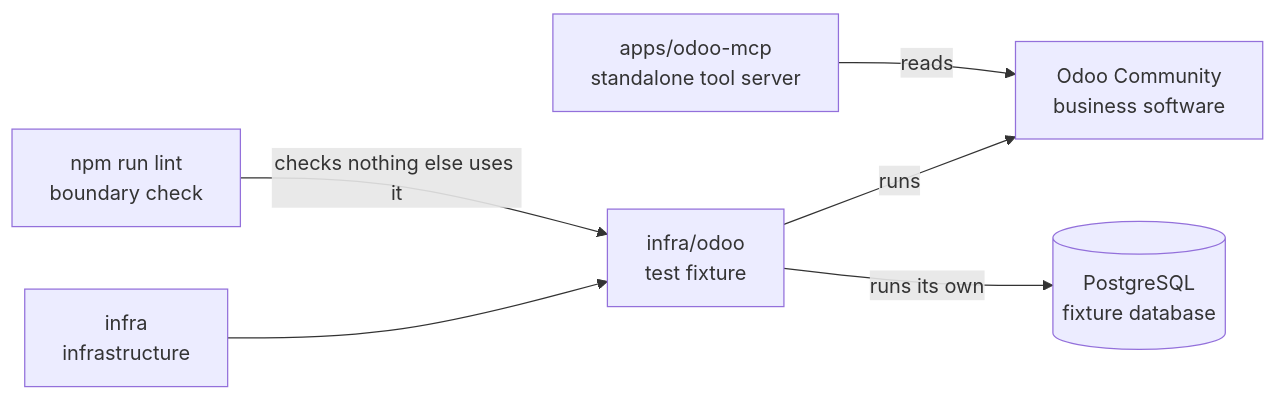
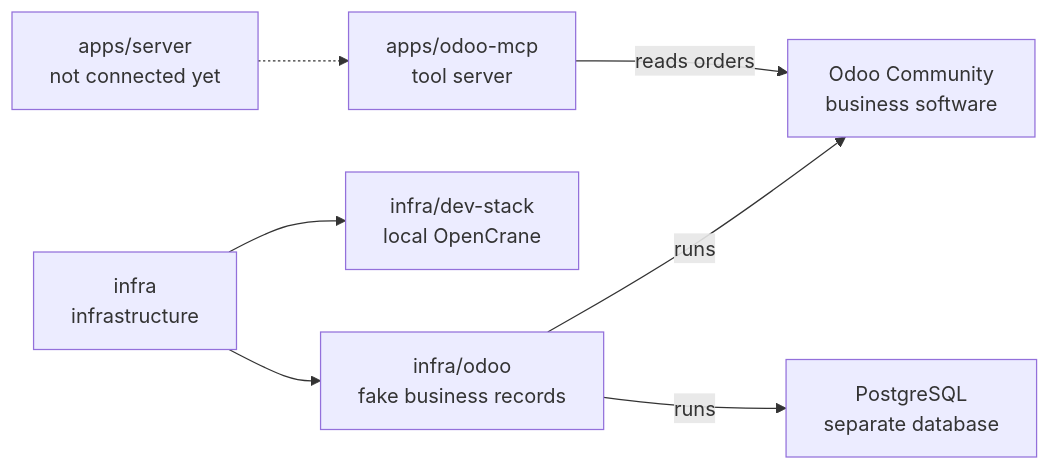
The diagram in infra/odoo/README.md (elewa-git/opencrane-new), drawn with Mermaid before and after one commit. The commit also changed other lines of this file and 16 other files, not shown here.

````diff
--- a/infra/odoo/README.md
+++ b/infra/odoo/README.md
@@ -15,8 +17,9 @@
 ```mermaid
 flowchart LR
-  infra["infra<br/>infrastructure"] --> fixture["infra/odoo<br/>test fixture"]
-  lint["npm run lint<br/>boundary check"] -->|checks nothing else uses it| fixture
+  infra["infra<br/>infrastructure"] --> fixture["infra/odoo<br/>fake business records"]
+  infra --> stack["infra/dev-stack<br/>local OpenCrane"]
   fixture -->|runs| odoo["Odoo Community<br/>business software"]
-  fixture -->|runs its own| database[("PostgreSQL<br/>fixture database")]
-  adapter["apps/odoo-mcp<br/>standalone tool server"] -->|reads| odoo
+  fixture -->|runs| database["PostgreSQL<br/>separate database"]
+  adapter["apps/odoo-mcp<br/>tool server"] -->|reads orders| odoo
+  server["apps/server<br/>not connected yet"] -.-> adapter
 ```
````
